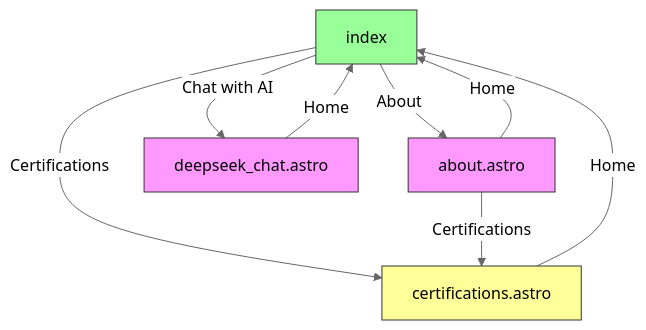
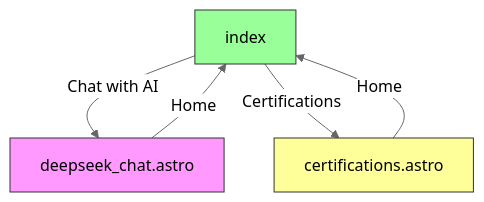
Before and after one commit to RendaZhang/rendazhang: the second of 2 diagrams in README_EN.md, drawn with Mermaid (neutral theme). The commit also changed other lines of this file and 15 other files, not shown here.

Commit message:
Remove index page and set about as homepage

````diff
--- a/README_EN.md
+++ b/README_EN.md
@@ -210,15 +209,11 @@
 ```mermaid
 flowchart TD
-    A[index] -->|About| B[about.astro]
-    A -->|Chat with AI| C[deepseek_chat.astro]
-    A -->|Certifications| D[certifications.astro]
+    A[index] -->|Chat with AI| B[deepseek_chat.astro]
+    A -->|Certifications| C[certifications.astro]
     B -->|Home| A
-    B -->|Certifications| D
     C -->|Home| A
-    D -->|Home| A
 
     style A fill:#9f9,stroke:#333
     style B fill:#f9f,stroke:#333
-    style C fill:#f9f,stroke:#333
-    style D fill:#ff9,stroke:#333
+    style C fill:#ff9,stroke:#333
 ```
````
